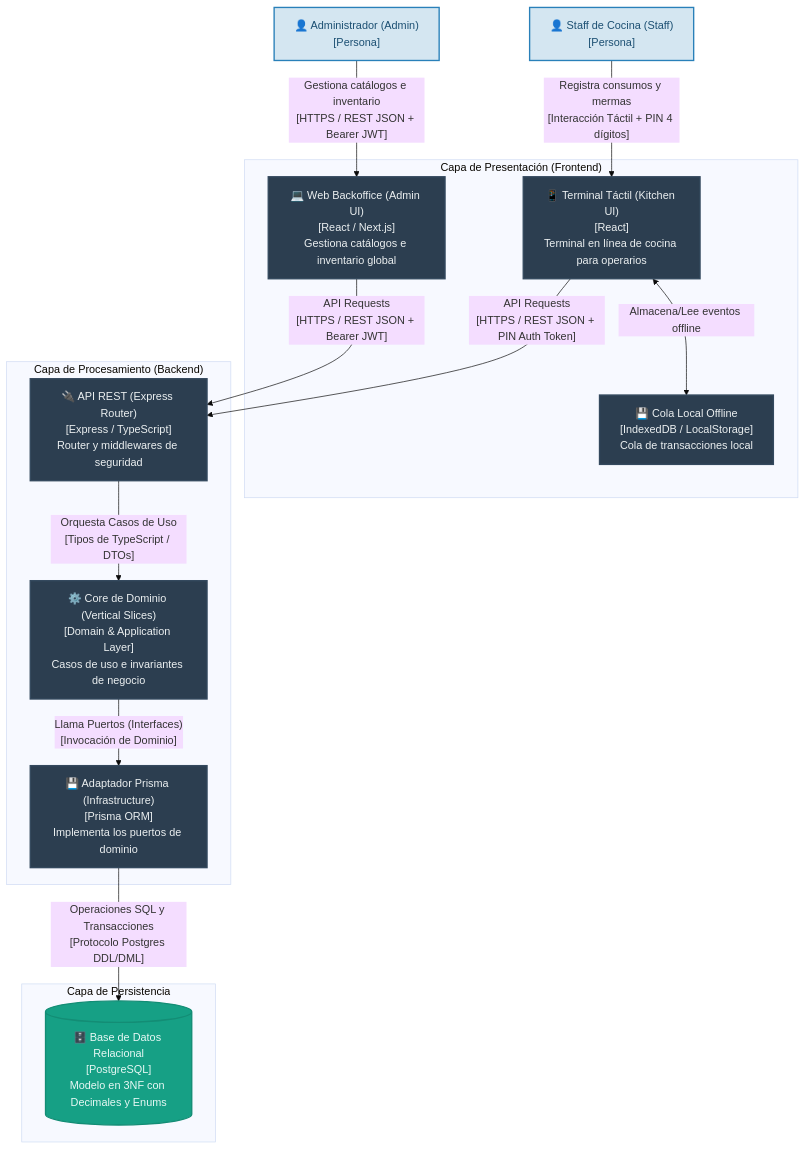
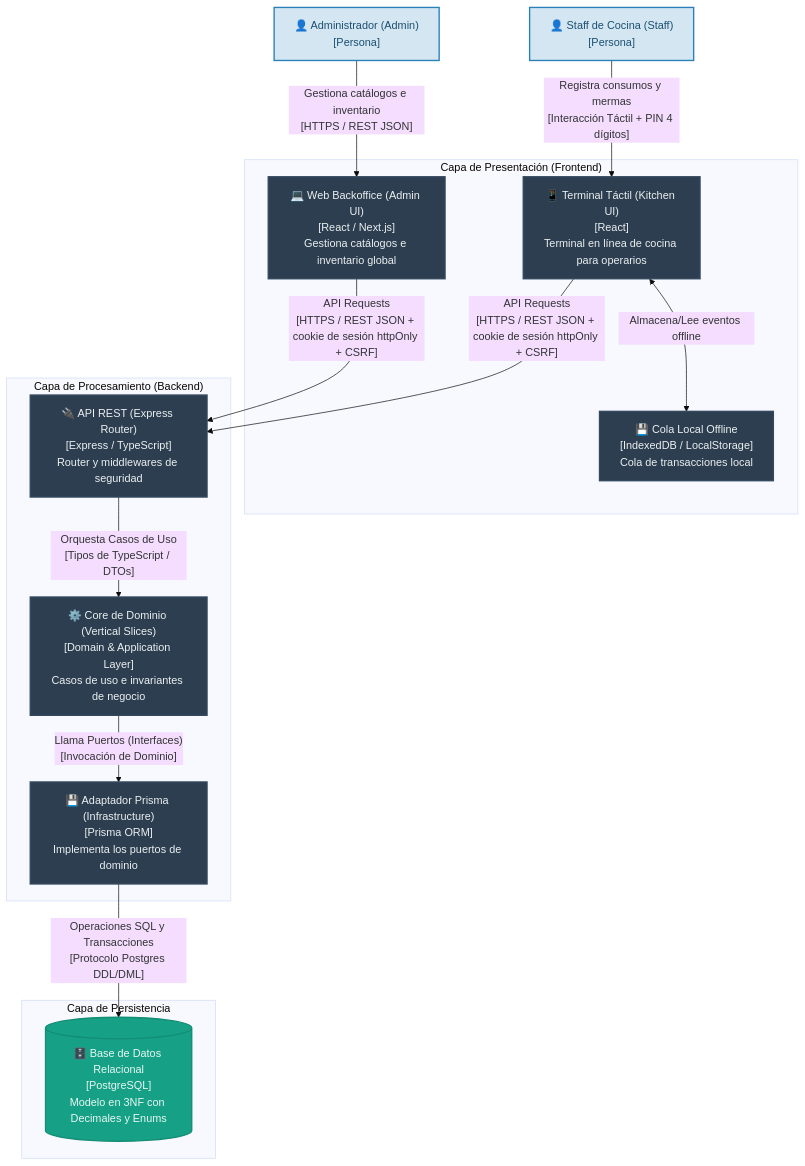
The first of 2 diagrams in readme.md (lacruzjd/AI4Devs-finalproject), drawn with Mermaid (base theme) before and after one commit. The commit also changed other lines of this file and 24 other files, not shown here.

````diff
--- a/readme.md
+++ b/readme.md
@@ -215,41 +215,41 @@
 ```mermaid
 graph TB
     Admin["👤 Administrador (Admin)<br/>[Persona]"]
     Staff["👤 Staff de Cocina (Staff)<br/>[Persona]"]
 
     subgraph Presentation ["Capa de Presentación (Frontend)"]
         WebBO["💻 Web Backoffice (Admin UI)<br/>[React / Next.js]<br/>Gestiona catálogos e inventario global"]
         TabletUI["📱 Terminal Táctil (Kitchen UI)<br/>[React]<br/>Terminal en línea de cocina para operarios"]
         OfflineQueue["💾 Cola Local Offline<br/>[IndexedDB / LocalStorage]<br/>Cola de transacciones local"]
     end
 
     subgraph Processing ["Capa de Procesamiento (Backend)"]
         API["🔌 API REST (Express Router)<br/>[Express / TypeScript]<br/>Router y middlewares de seguridad"]
         Core["⚙️ Core de Dominio (Vertical Slices)<br/>[Domain & Application Layer]<br/>Casos de uso e invariantes de negocio"]
         Prisma["💾 Adaptador Prisma (Infrastructure)<br/>[Prisma ORM]<br/>Implementa los puertos de dominio"]
     end
 
     subgraph Persistence ["Capa de Persistencia"]
         DB[("🗄️ Base de Datos Relacional<br/>[PostgreSQL]<br/>Modelo en 3NF con Decimales y Enums")]
     end
 
-    Admin -->|"Gestiona catálogos e inventario<br/>[HTTPS / REST JSON + Bearer JWT]"| WebBO
+    Admin -->|"Gestiona catálogos e inventario<br/>[HTTPS / REST JSON]"| WebBO
     Staff -->|"Registra consumos y mermas<br/>[Interacción Táctil + PIN 4 dígitos]"| TabletUI
 
     TabletUI <-->|Almacena/Lee eventos offline| OfflineQueue
 
-    WebBO -->|"API Requests<br/>[HTTPS / REST JSON + Bearer JWT]"| API
-    TabletUI -->|"API Requests<br/>[HTTPS / REST JSON + PIN Auth Token]"| API
+    WebBO -->|"API Requests<br/>[HTTPS / REST JSON + cookie de sesión httpOnly + CSRF]"| API
+    TabletUI -->|"API Requests<br/>[HTTPS / REST JSON + cookie de sesión httpOnly + CSRF]"| API
 
     API -->|"Orquesta Casos de Uso<br/>[Tipos de TypeScript / DTOs]"| Core
     Core -->|"Llama Puertos (Interfaces)<br/>[Invocación de Dominio]"| Prisma
     Prisma -->|"Operaciones SQL y Transacciones<br/>[Protocolo Postgres DDL/DML]"| DB
 
     classDef persona fill:#D4E6F1,stroke:#2980B9,stroke-width:2px,color:#1B4F72;
     classDef container fill:#2C3E50,stroke:#34495E,stroke-width:2px,color:#ECF0F1;
     classDef db fill:#16A085,stroke:#138D75,stroke-width:2px,color:#E8F8F5;
 
     class Admin,Staff persona;
     class WebBO,TabletUI,OfflineQueue,API,Core,Prisma container;
     class DB db;
 ```
````
